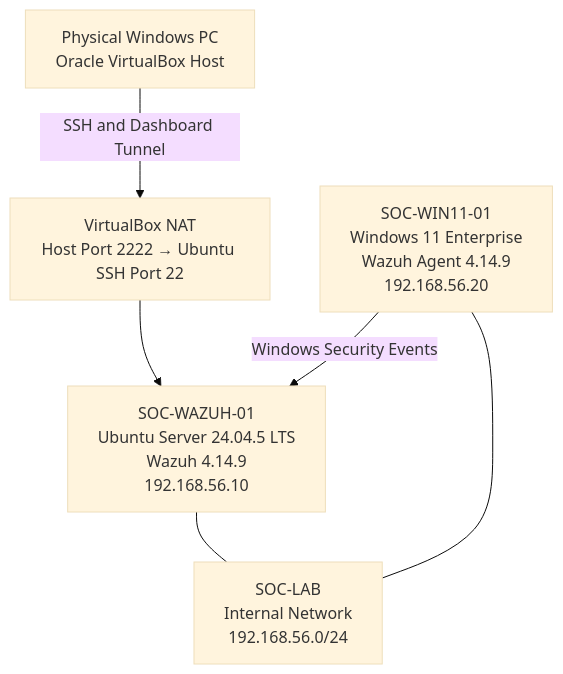
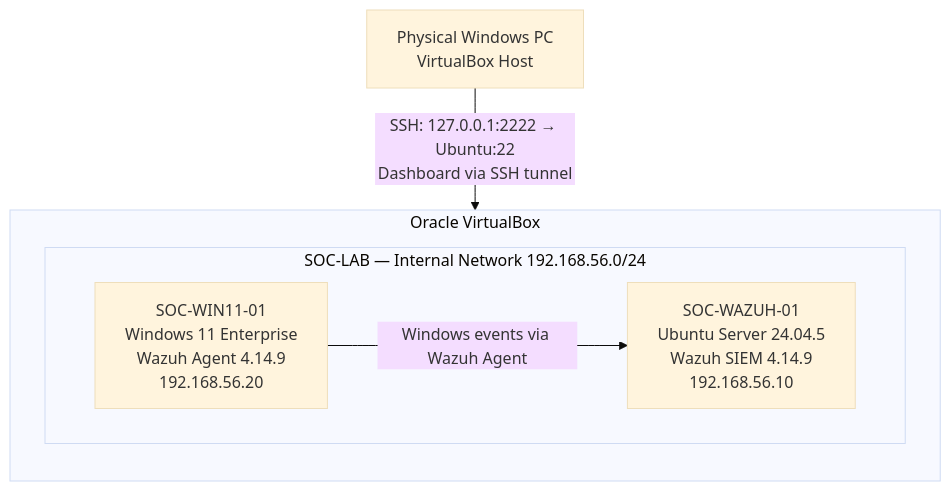
Before and after one commit to dannygray1/wazuh-soc-homelab: the diagram in README.md, drawn with Mermaid (base theme).

Commit message:
Refine SOC lab network architecture diagram

````diff
--- a/README.md
+++ b/README.md
@@ -27,14 +27,16 @@
 ```mermaid
 flowchart TB
-    HOST["Physical Windows PC<br/>Oracle VirtualBox Host"]
-    NAT["VirtualBox NAT<br/>Host Port 2222 → Ubuntu SSH Port 22"]
-    WAZUH["SOC-WAZUH-01<br/>Ubuntu Server 24.04.5 LTS<br/>Wazuh 4.14.9<br/>192.168.56.10"]
-    WIN["SOC-WIN11-01<br/>Windows 11 Enterprise<br/>Wazuh Agent 4.14.9<br/>192.168.56.20"]
-    LAB["SOC-LAB<br/>Internal Network<br/>192.168.56.0/24"]
+    HOST["Physical Windows PC<br/>VirtualBox Host"]
 
-    HOST -->|"SSH and Dashboard Tunnel"| NAT
-    NAT --> WAZUH
-    WAZUH --- LAB
-    WIN --- LAB
-    WIN -->|"Windows Security Events"| WAZUH
+    subgraph VBOX["Oracle VirtualBox"]
+        direction TB
+        subgraph LAB["SOC-LAB — Internal Network 192.168.56.0/24"]
+            direction LR
+            WIN["SOC-WIN11-01<br/>Windows 11 Enterprise<br/>Wazuh Agent 4.14.9<br/>192.168.56.20"]
+            WAZUH["SOC-WAZUH-01<br/>Ubuntu Server 24.04.5<br/>Wazuh SIEM 4.14.9<br/>192.168.56.10"]
+        end
+    end
+
+    HOST -->|"SSH: 127.0.0.1:2222 → Ubuntu:22<br/>Dashboard via SSH tunnel"| WAZUH
+    WIN -->|"Windows events via Wazuh Agent"| WAZUH
 ```
````
